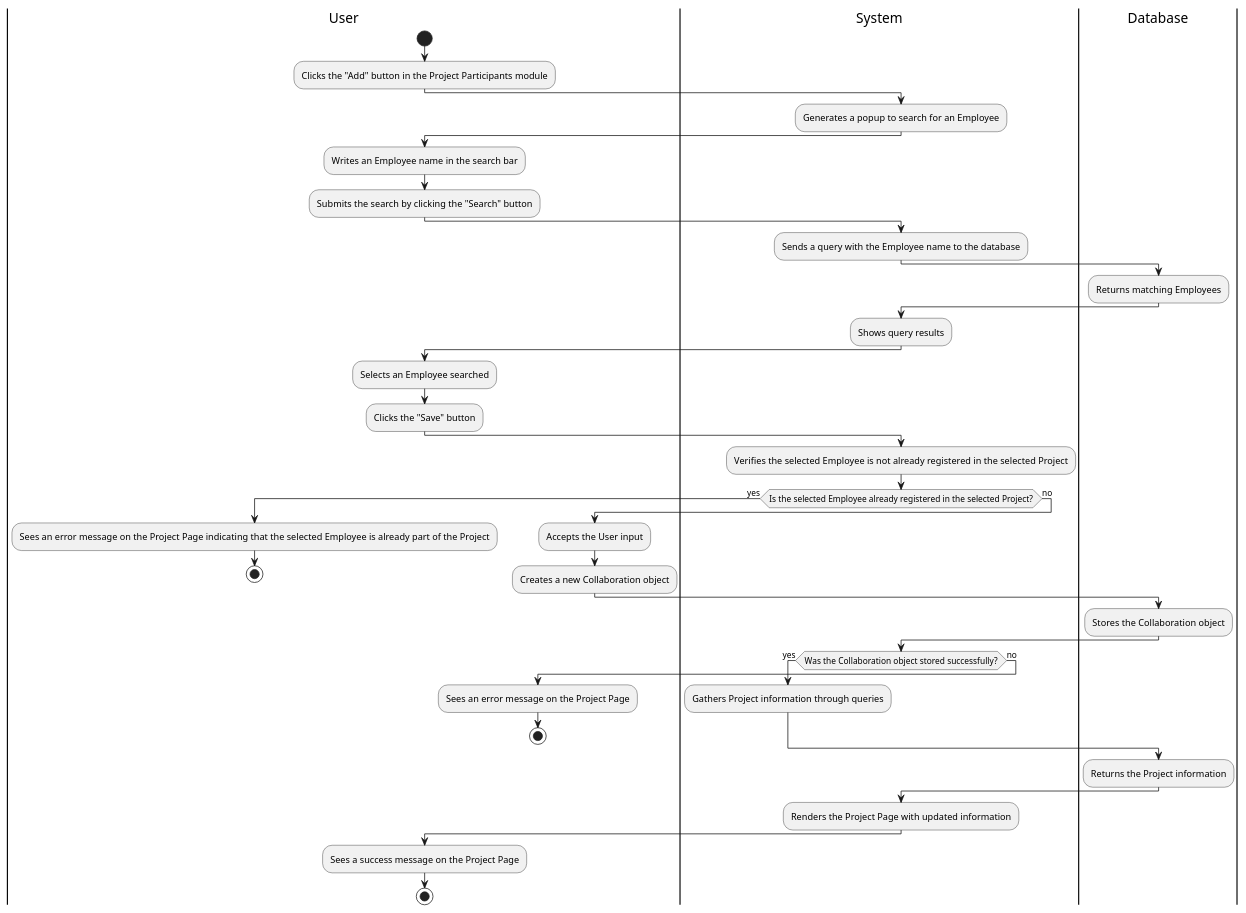
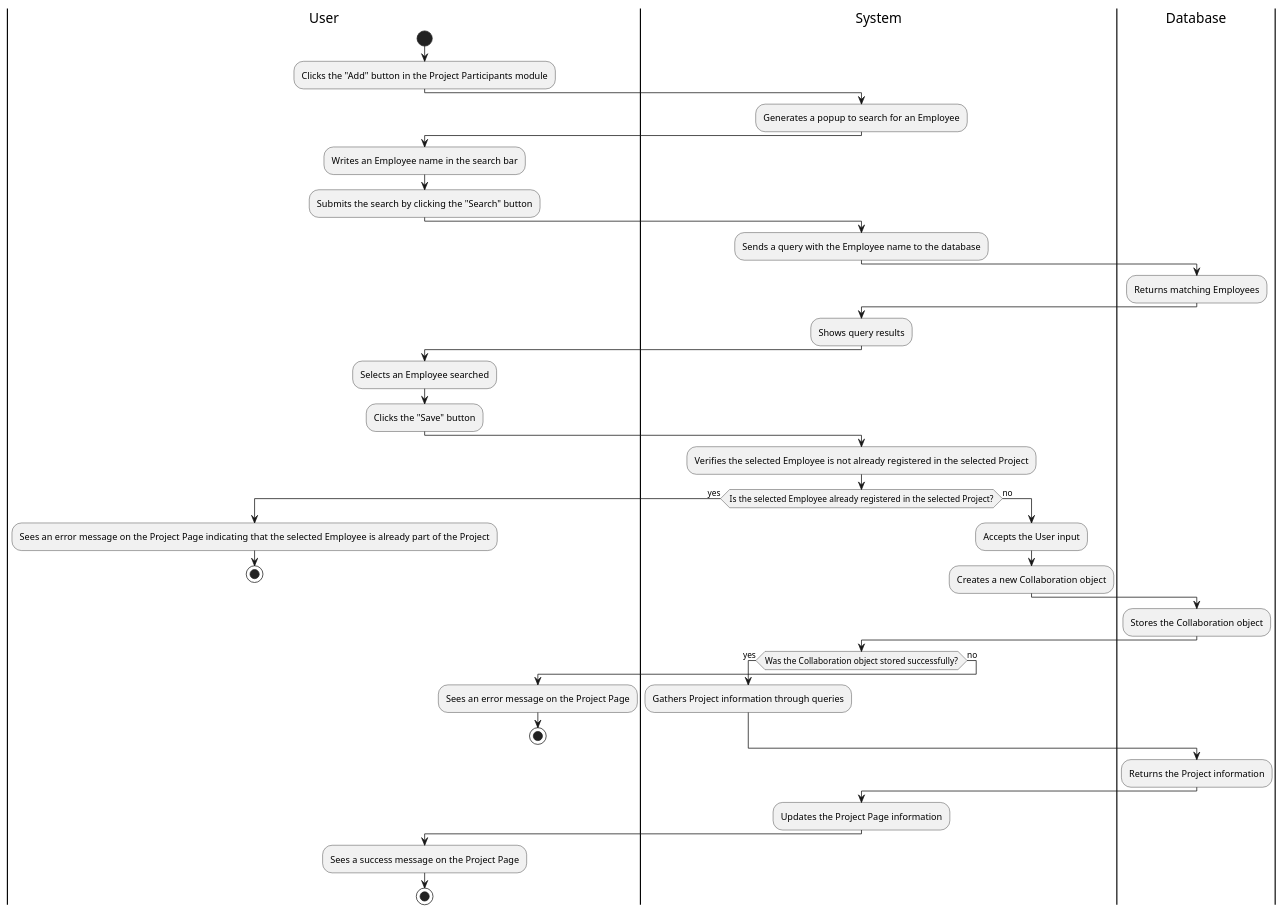
Before and after one commit to Berthou05/LimboSoftwareDevelopment_Change.org: the diagram in documentation/activity_diagrams/PROJ-05-02-ActivityDiagram.puml, drawn with PlantUML. The commit also changed 5 other files, not shown here.

```diff
--- a/documentation/activity_diagrams/PROJ-05-02-ActivityDiagram.puml
+++ b/documentation/activity_diagrams/PROJ-05-02-ActivityDiagram.puml
@@ -1,59 +1,60 @@
 @startuml
 |User|
 start
 :Clicks the "Add" button in the Project Participants module;
 
 |System|
 :Generates a popup to search for an Employee;
 
 |User|
 :Writes an Employee name in the search bar;
 :Submits the search by clicking the "Search" button;
 
 |System|
 :Sends a query with the Employee name to the database;
 
 |Database|
 :Returns matching Employees;
 
 |System|
 :Shows query results;
 
 |User|
 :Selects an Employee searched;
 :Clicks the "Save" button;
 
 |System|
 :Verifies the selected Employee is not already registered in the selected Project;
 
 if (Is the selected Employee already registered in the selected Project?) then (yes)
     |User|
     :Sees an error message on the Project Page indicating that the selected Employee is already part of the Project;
     stop
 else (no)
+    |System|
     :Accepts the User input;
     :Creates a new Collaboration object;
 endif
 
 |Database|
 :Stores the Collaboration object;
 
 |System|
 if (Was the Collaboration object stored successfully?) then (yes)
     :Gathers Project information through queries;
 else (no)
     |User|
     :Sees an error message on the Project Page;
     stop
 endif
 
 |Database|
 :Returns the Project information;
 
 |System|
-:Renders the Project Page with updated information;
+:Updates the Project Page information;
 
 |User|
 :Sees a success message on the Project Page;
 stop
 @enduml
```
